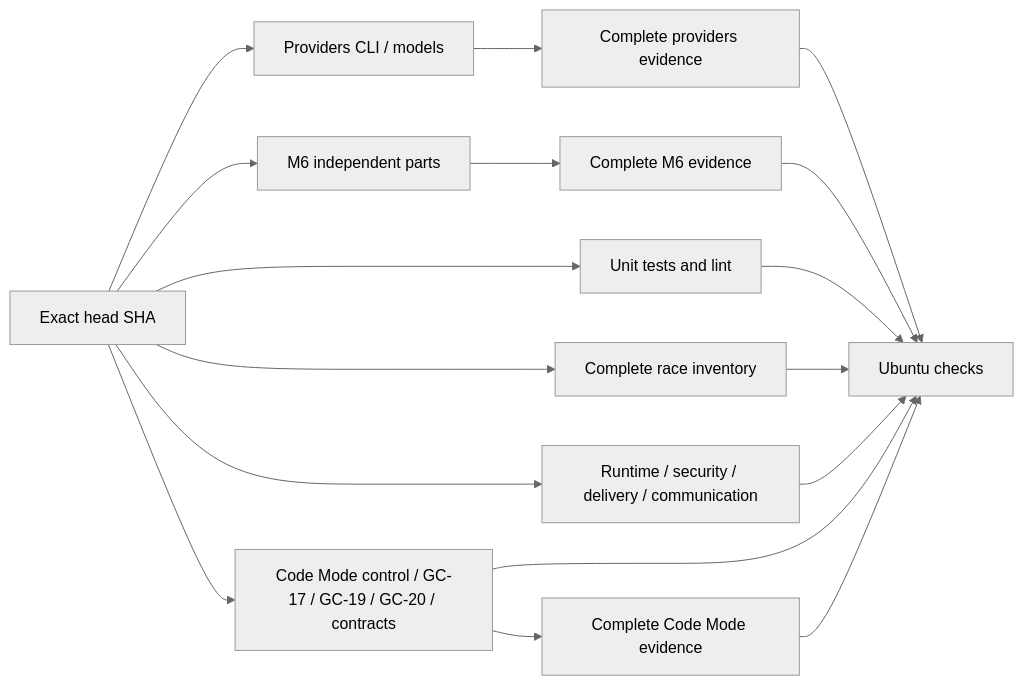
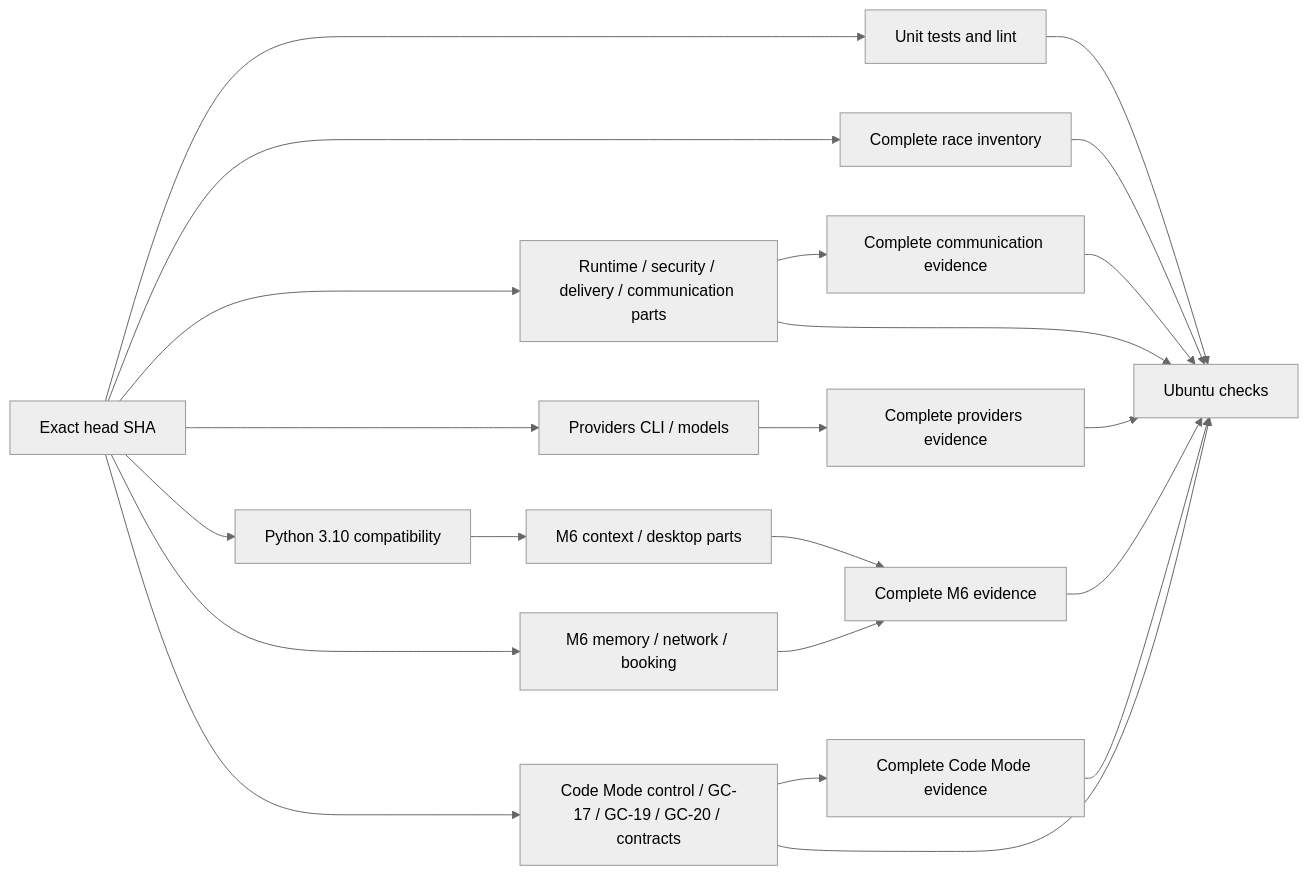
The diagram in docs/ci.md (z-chenhao/assistant), drawn with Mermaid (neutral theme) before and after one commit. The commit also changed other lines of this file and 16 other files, not shown here.

First line of the commit message:
ERII-370: complete communication CI within the fixed job budget (#69)

````diff
--- a/docs/ci.md
+++ b/docs/ci.md
@@ -21,19 +21,24 @@
 ```mermaid
 flowchart LR
     SHA[Exact head SHA] --> Unit[Unit tests and lint]
     SHA --> Race[Complete race inventory]
-    SHA --> Verify[Runtime / security / delivery / communication]
+    SHA --> Verify[Runtime / security / delivery / communication parts]
+    Verify --> CommunicationJoin[Complete communication evidence]
+    CommunicationJoin --> Gate
     SHA --> Providers[Providers CLI / models]
     Providers --> ProviderJoin[Complete providers evidence]
     ProviderJoin --> Gate
-    SHA --> Personal[M6 independent parts]
+    SHA --> Python[Python 3.10 compatibility]
+    SHA --> Personal[M6 memory / network / booking]
+    Python --> Deferred[M6 context / desktop parts]
     Personal --> M6Join[Complete M6 evidence]
+    Deferred --> M6Join
     M6Join --> Gate
     SHA --> Parts[Code Mode control / GC-17 / GC-19 / GC-20 / contracts]
     Parts --> Join[Complete Code Mode evidence]
     Unit --> Gate[Ubuntu checks]
     Race --> Gate
     Verify --> Gate
     Parts --> Gate
     Join --> Gate
 ```
````
